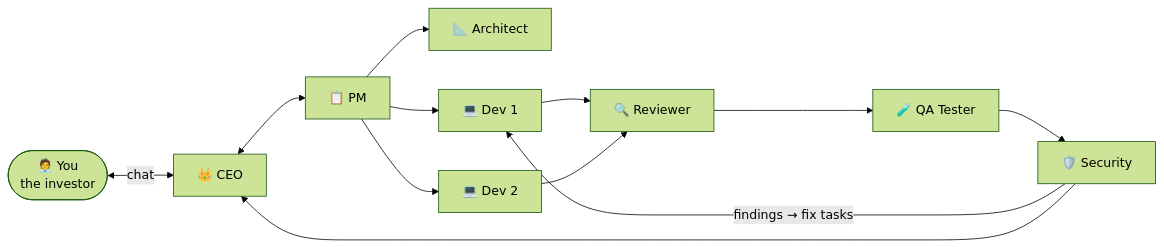
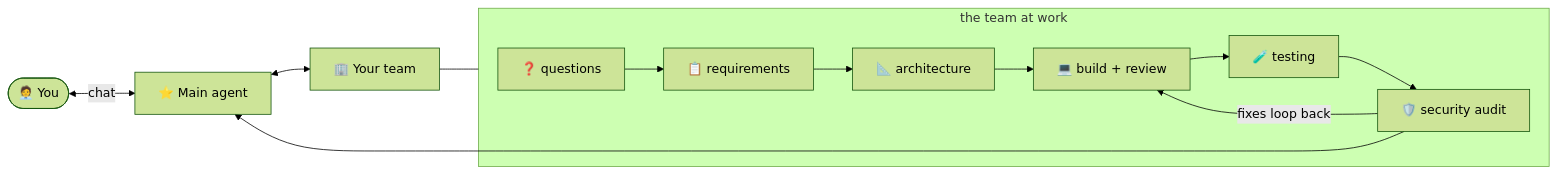
Before and after one commit to LEXES7/Colony: the diagram in README.md, drawn with Mermaid (forest theme). The commit also changed other lines of this file and 1 other file, not shown here.

Commit message:
readme: showcase the team, main agent wording

````diff
--- a/README.md
+++ b/README.md
@@ -39,13 +39,11 @@
 ```mermaid
 flowchart LR
-    I([🧑‍💼 You<br/>the investor]) <-->|chat| CEO[👑 CEO]
-    CEO <--> PM[📋 PM]
-    PM --> ARC[📐 Architect]
-    PM --> D1[💻 Dev 1]
-    PM --> D2[💻 Dev 2]
-    D1 & D2 --> REV[🔍 Reviewer]
-    REV --> QA[🧪 QA Tester]
-    QA --> SEC[🛡️ Security]
-    SEC -->|findings → fix tasks| D1
-    SEC --> CEO
+    YOU([🧑‍💼 You]) <-->|chat| MAIN[⭐ Main agent]
+    MAIN <--> TEAM[🏢 Your team]
+    subgraph TEAM_FLOW [the team at work]
+        Q[❓ questions] --> REQ[📋 requirements] --> ARCH[📐 architecture] --> BUILD[💻 build + review] --> TEST[🧪 testing] --> AUDIT[🛡️ security audit]
+    end
+    TEAM --- TEAM_FLOW
+    AUDIT -->|fixes loop back| BUILD
+    AUDIT --> MAIN
 ```
````
